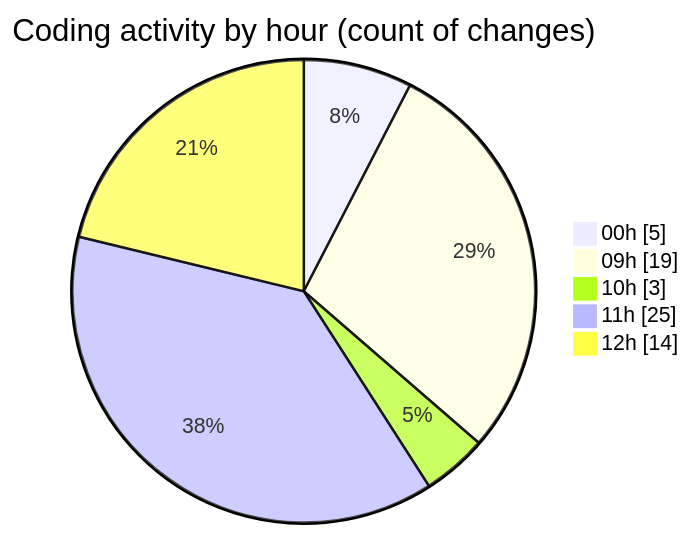
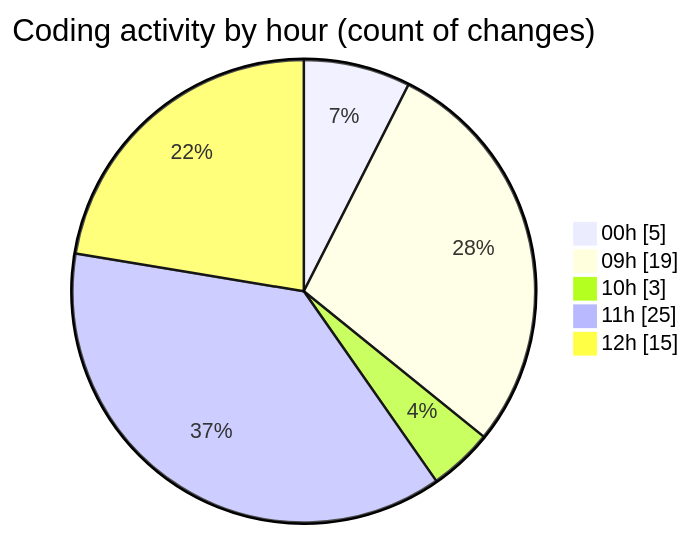
Before and after one commit to julien-gomy/code-tracking: the second of 2 diagrams in 2025-11-19/eventscop-frontend-guide__workspace_/README.md, drawn with Mermaid. The commit also changed other lines of this file and 1 other file, not shown here.

````diff
--- a/2025-11-19/eventscop-frontend-guide__workspace_/README.md
+++ b/2025-11-19/eventscop-frontend-guide__workspace_/README.md
@@ -51,9 +51,9 @@
 ```mermaid
 pie showData
 title Coding activity by hour (count of changes)
 "00h" : 5
 "09h" : 19
 "10h" : 3
 "11h" : 25
-"12h" : 14
+"12h" : 15
 ```
````
